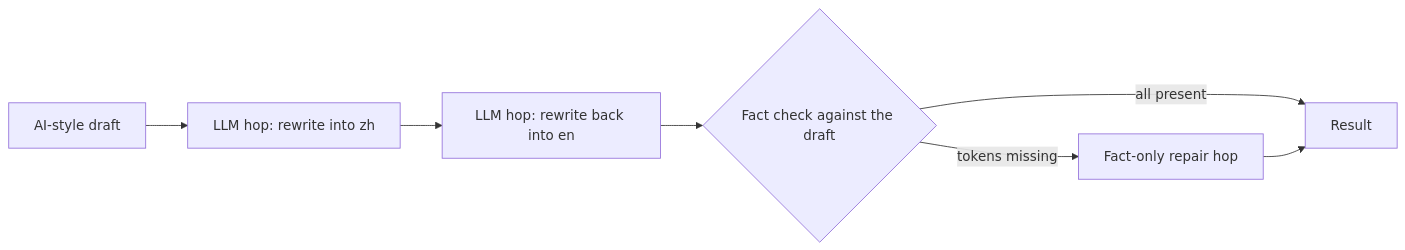
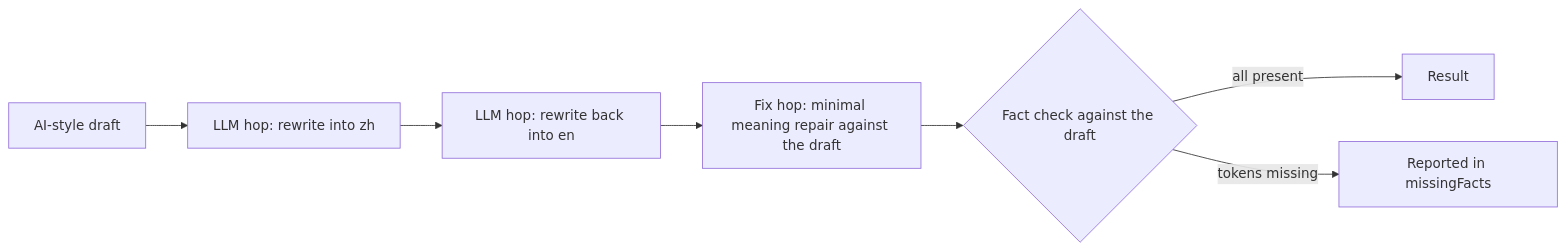
The diagram in README.md (w21180239/not-a-bot), drawn with Mermaid before and after one commit. The commit also changed other lines of this file and 25 other files, not shown here.

First line of the commit message:
docs: describe the light and standard presets and the meaning repair

````diff
--- a/README.md
+++ b/README.md
@@ -119,9 +120,9 @@
 ```mermaid
 flowchart LR
     A[AI-style draft] --> B[LLM hop: rewrite into zh]
     B --> C[LLM hop: rewrite back into en]
-    C --> D{Fact check against the draft}
-    D -->|tokens missing| E[Fact-only repair hop]
-    D -->|all present| F[Result]
-    E --> F
+    C --> D[Fix hop: minimal meaning repair against the draft]
+    D --> E{Fact check against the draft}
+    E -->|all present| F[Result]
+    E -->|tokens missing| G[Reported in missingFacts]
 ```
````
